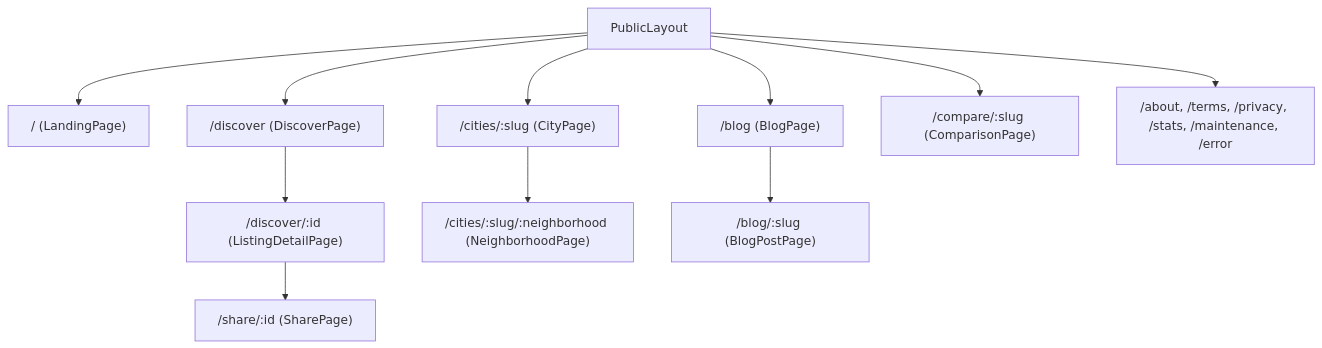
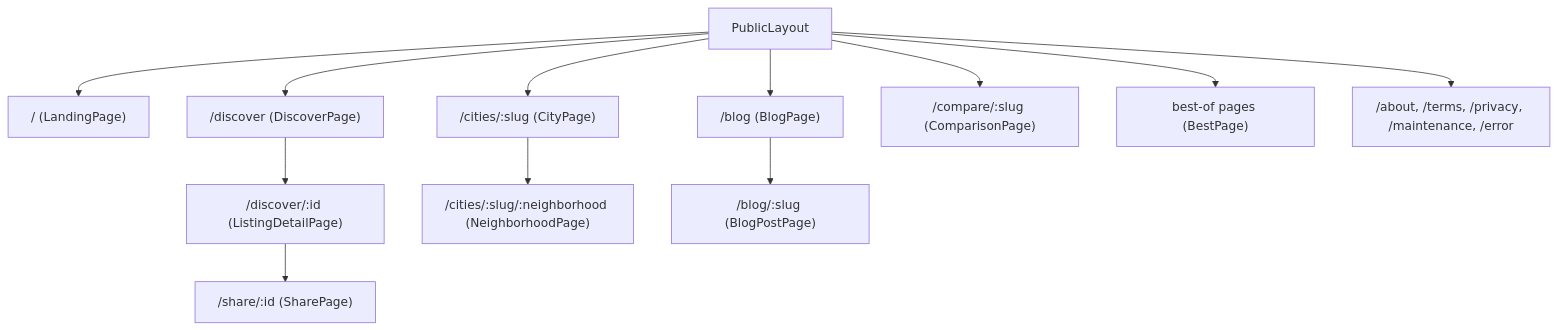
The diagram in .wiki/features/discover.md (360ghar/360-flatmates-web), drawn with Mermaid before and after one commit. The commit also changed other lines of this file and 6 other files, not shown here.

````diff
--- a/.wiki/features/discover.md
+++ b/.wiki/features/discover.md
@@ -11,13 +11,14 @@
 ```mermaid
 graph TD
     L["PublicLayout"] --> L0["/ (LandingPage)"]
     L --> D["/discover (DiscoverPage)"]
     D --> D1["/discover/:id (ListingDetailPage)"]
     D1 --> S["/share/:id (SharePage)"]
     L --> C["/cities/:slug (CityPage)"]
     C --> N["/cities/:slug/:neighborhood (NeighborhoodPage)"]
     L --> B["/blog (BlogPage)"]
     B --> BP["/blog/:slug (BlogPostPage)"]
     L --> CP["/compare/:slug (ComparisonPage)"]
-    L --> A["/about, /terms, /privacy, /stats, /maintenance, /error"]
+    L --> BE["best-of pages (BestPage)"]
+    L --> A["/about, /terms, /privacy, /maintenance, /error"]
 ```
````
